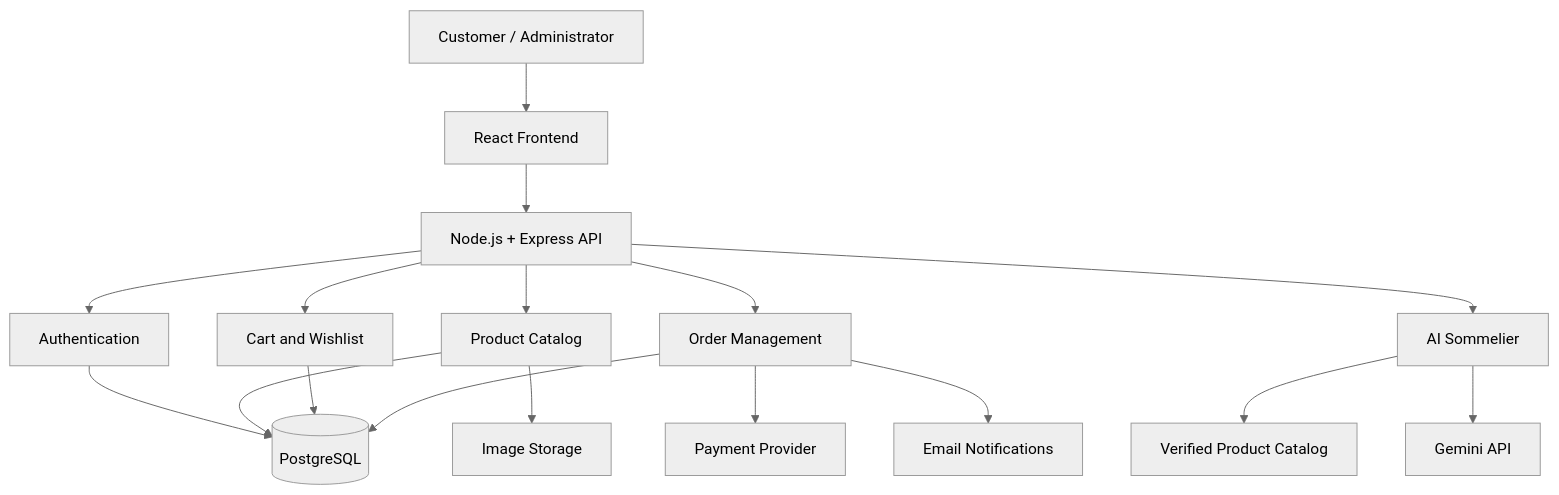
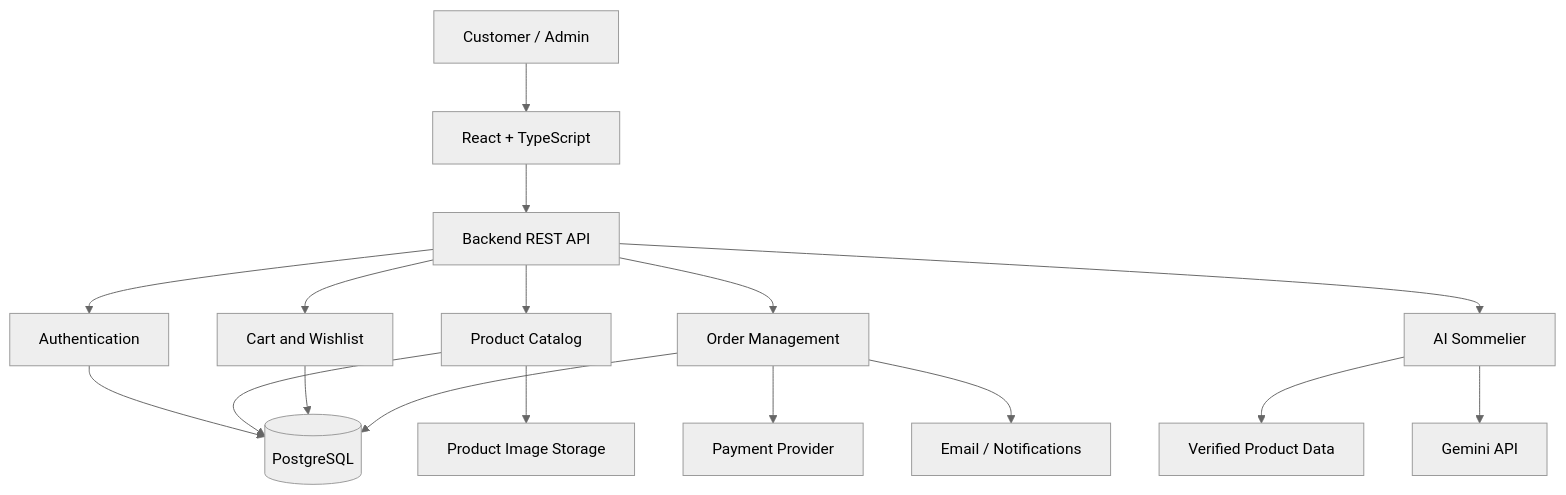
One commit to Mugunthandk/mithra-bakery changed the diagram in README.md. Above: the diagram before and after it, drawn with Mermaid (neutral theme). The commit also changed other lines of this file, not shown here.

````diff
--- a/README.md
+++ b/README.md
@@ -331,23 +243,23 @@
 ```mermaid
 flowchart TD
-    U[Customer / Administrator] --> F[React Frontend]
-    F --> API[Node.js + Express API]
+    U[Customer / Admin] --> UI[React + TypeScript]
+    UI --> API[Backend REST API]
 
     API --> AUTH[Authentication]
-    API --> PROD[Product Catalog]
+    API --> CAT[Product Catalog]
     API --> CART[Cart and Wishlist]
-    API --> ORDER[Order Management]
+    API --> ORD[Order Management]
     API --> AI[AI Sommelier]
 
     AUTH --> DB[(PostgreSQL)]
-    PROD --> DB
+    CAT --> DB
     CART --> DB
-    ORDER --> DB
+    ORD --> DB
 
-    AI --> CATALOG[Verified Product Catalog]
+    CAT --> IMG[Product Image Storage]
+    ORD --> PAY[Payment Provider]
+    ORD --> MSG[Email / Notifications]
+
+    AI --> DATA[Verified Product Data]
     AI --> MODEL[Gemini API]
-
-    PROD --> IMG[Image Storage]
-    ORDER --> PAY[Payment Provider]
-    ORDER --> EMAIL[Email Notifications]
 ```
````
